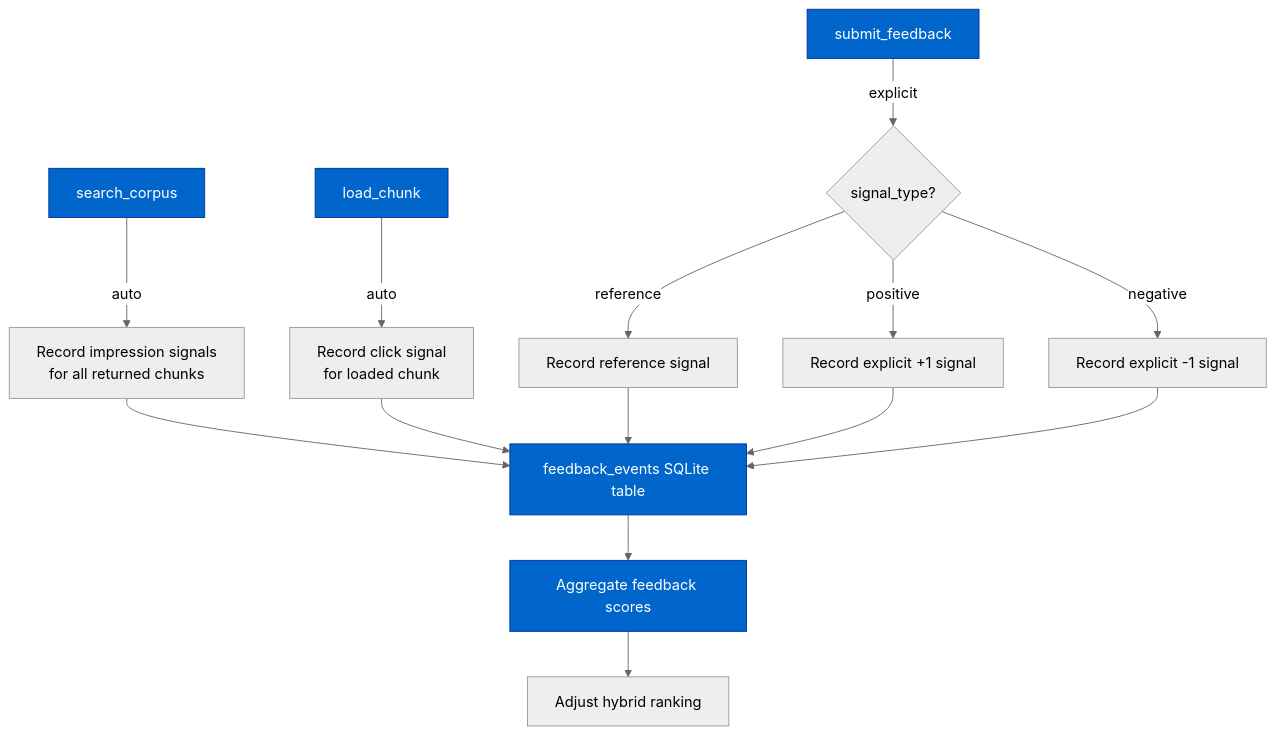
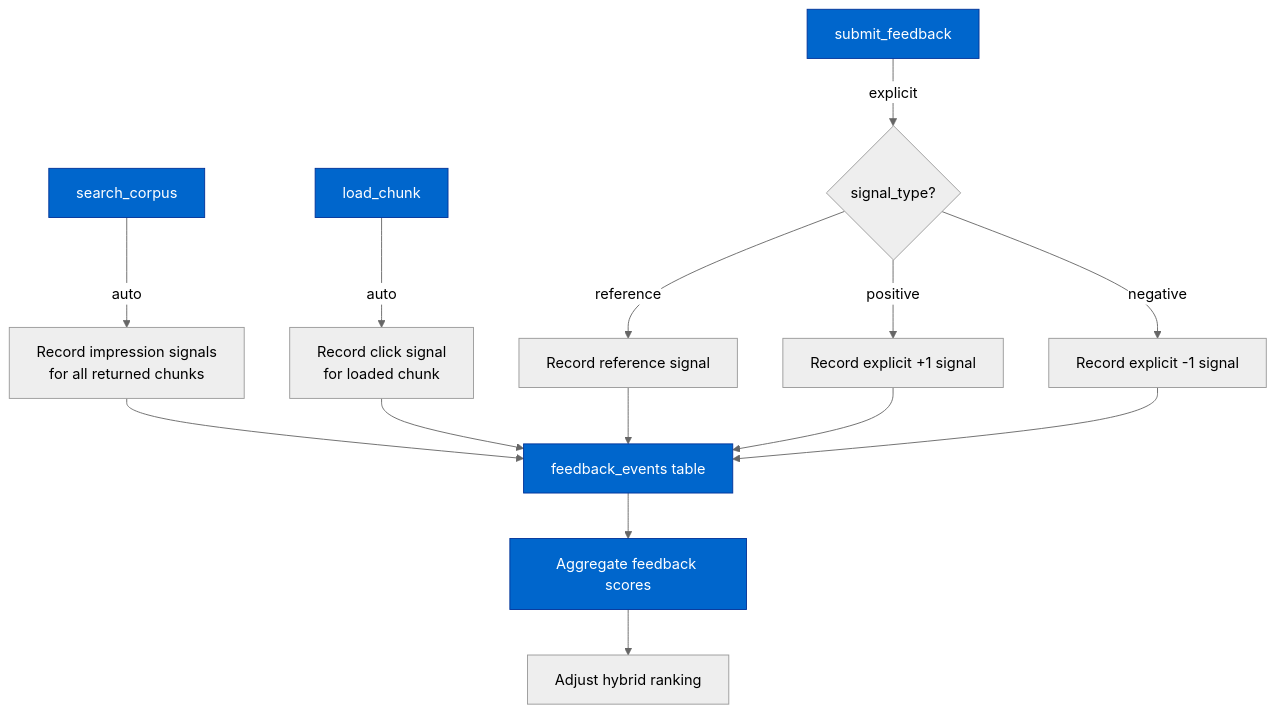
Before and after one commit to reicek/NeatapticTS: the first of 2 diagrams in rag_architecture/cortex-relevance-feedback.md, drawn with Mermaid (neutral theme). The commit also changed other lines of this file and 1216 other files, not shown here.

Commit message:
Repo cortex advanced rag architecture (#50)

````diff
--- a/rag_architecture/cortex-relevance-feedback.md
+++ b/rag_architecture/cortex-relevance-feedback.md
@@ -74,24 +76,24 @@
 ```mermaid
 flowchart TD
     A[search_corpus] -->|auto| B[Record impression signals<br/>for all returned chunks]
     C[load_chunk] -->|auto| D[Record click signal<br/>for loaded chunk]
     E[submit_feedback] -->|explicit| F{signal_type?}
     F -- reference --> G[Record reference signal]
     F -- positive --> H[Record explicit +1 signal]
     F -- negative --> I[Record explicit -1 signal]
 
-    B --> J[feedback_events SQLite table]
+    B --> J[feedback_events table]
     D --> J
     G --> J
     H --> J
     I --> J
 
     J --> K[Aggregate feedback scores]
     K --> L[Adjust hybrid ranking]
 
     style A fill:#0066cc,stroke:#003399,color:#fff
     style C fill:#0066cc,stroke:#003399,color:#fff
     style E fill:#0066cc,stroke:#003399,color:#fff
     style J fill:#0066cc,stroke:#003399,color:#fff
     style K fill:#0066cc,stroke:#003399,color:#fff
 ```
````
